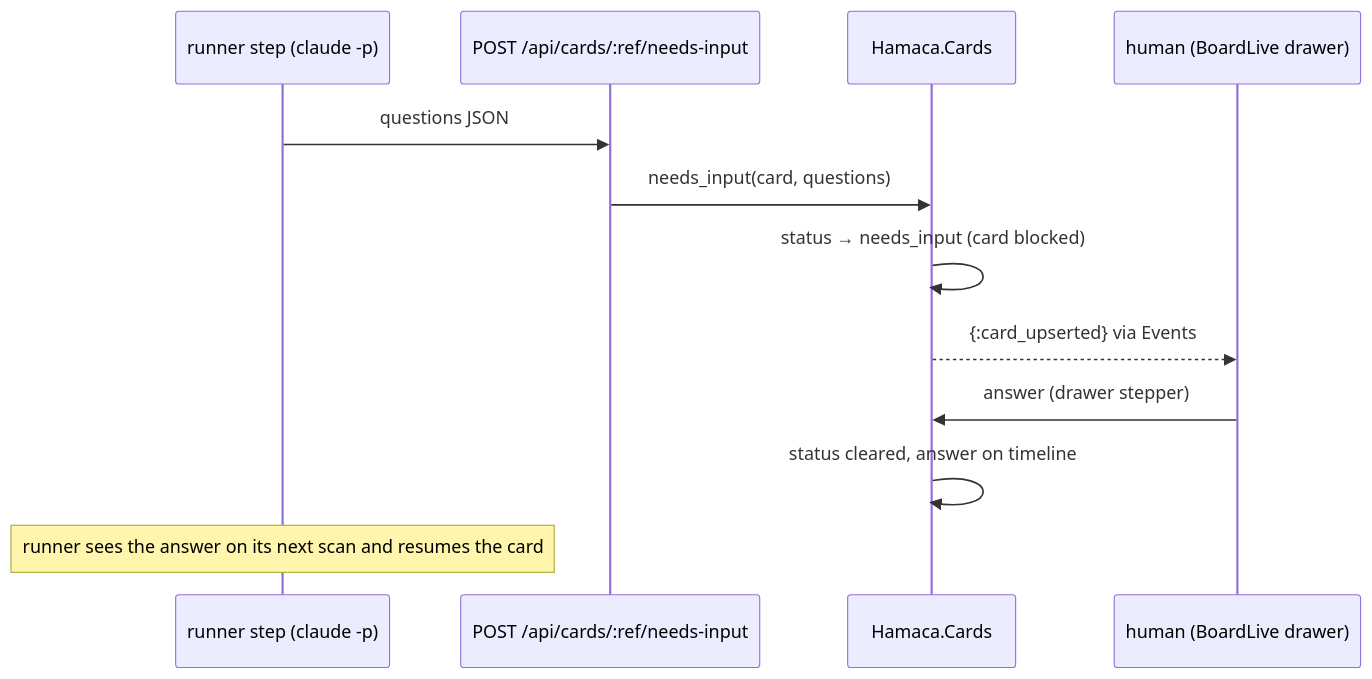
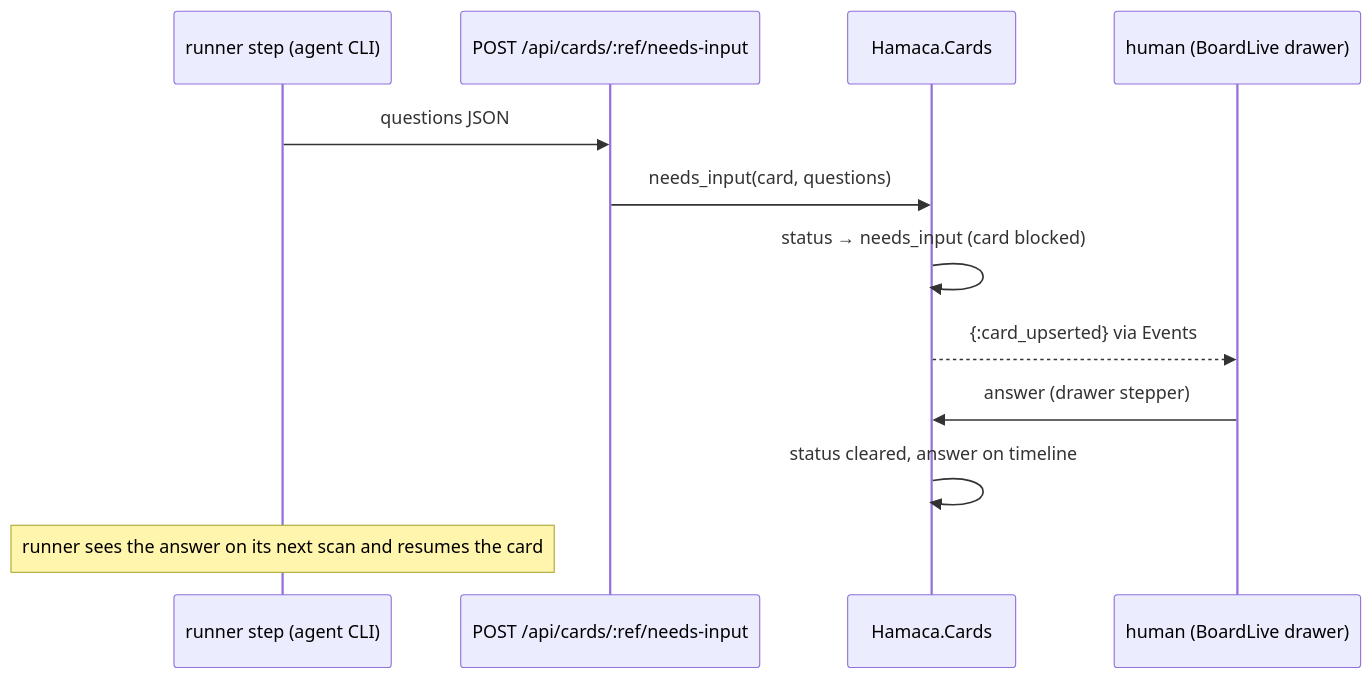
The third of 4 diagrams in docs/architecture/runtime.md (jeremylightsmith/relay), drawn with Mermaid before and after one commit. The commit also changed other lines of this file and 53 other files, not shown here.

````diff
--- a/docs/architecture/runtime.md
+++ b/docs/architecture/runtime.md
@@ -213,14 +213,14 @@
 ```mermaid
 sequenceDiagram
-    participant R as runner step (claude -p)
+    participant R as runner step (agent CLI)
     participant API as POST /api/cards/:ref/needs-input
     participant C as Hamaca.Cards
     participant H as human (BoardLive drawer)
     R->>API: questions JSON
     API->>C: needs_input(card, questions)
     C->>C: status → needs_input (card blocked)
     C-->>H: {:card_upserted} via Events
     H->>C: answer (drawer stepper)
     C->>C: status cleared, answer on timeline
     Note over R: runner sees the answer on its next scan and resumes the card
 ```
````
